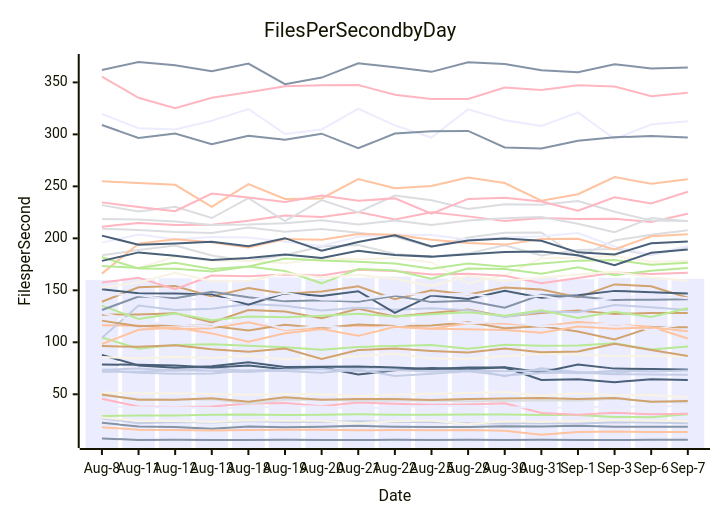
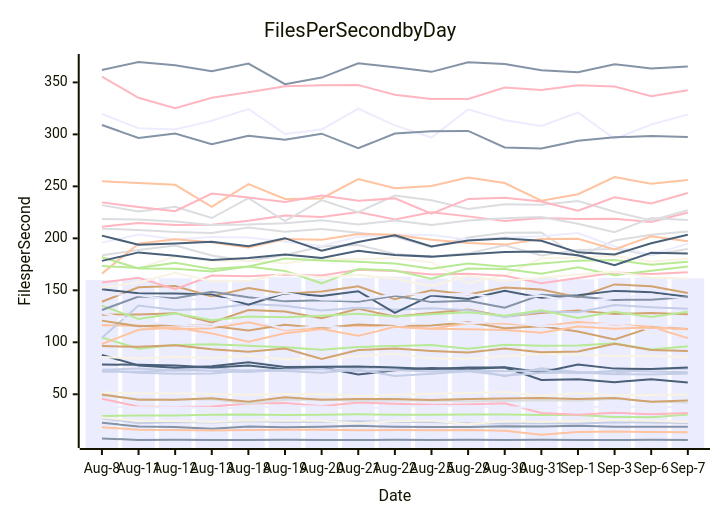
One commit to streetsidesoftware/cspell changed the diagram in perf-report.md. Above: the diagram before and after it, drawn with Mermaid. The commit also changed other lines of this file and 1 other file, not shown here.

````diff
--- a/perf-report.md
+++ b/perf-report.md
@@ -10,57 +10,57 @@
 ```mermaid
 xychart-beta
     title Files Per Second by Day
     y-axis Files per Second
     x-axis Date [Aug-8, Aug-11, Aug-12, Aug-13, Aug-18, Aug-19, Aug-20, Aug-21, Aug-22, Aug-25, Aug-29, Aug-30, Aug-31, Sep-1, Sep-3, Sep-6, Sep-7]
-    bar [159.78, 161.87, 161.59, 160.12, 160.00, 162.54, 160.82, 162.11, 163.20, 161.31, 162.91, 160.67, 162.16, 160.72, 161.93, 162.34, 161.14]
-    line [22.54, 19.07, 18.54, 16.95, 19.10, 18.27, 18.74, 19.65, 18.80, 18.62, 18.45, 19.29, 19.08, 19.71, 18.88, 18.65, 18.85]
-    line [116.33, 116.04, 112.64, 113.43, 119.19, 111.93, 114.00, 116.17, 114.97, 113.11, 118.41, 118.01, 115.40, 119.50, 117.17, 114.93, 103.68]
-    line [209.23, 208.13, 206.12, 205.21, 210.46, 206.31, 208.96, 205.28, 201.48, 191.68, 200.76, 205.32, 205.73, 181.85, 198.01, 203.39, 207.86]
-    line [29.03, 29.67, 29.60, 30.33, 30.62, 30.06, 30.32, 30.71, 30.33, 30.41, 30.59, 30.45, 30.07, 29.95, 28.16, 27.92, 30.74]
-    line [126.61, 126.72, 128.04, 119.05, 131.02, 129.61, 123.08, 132.18, 124.93, 128.24, 131.60, 124.76, 128.19, 130.51, 127.29, 128.13, 128.19]
-    line [73.53, 74.78, 72.96, 75.57, 72.13, 74.31, 76.20, 74.98, 75.32, 73.98, 74.92, 67.44, 74.93, 71.42, 69.97, 74.43, 74.08]
-    line [211.22, 214.76, 212.79, 213.14, 217.00, 221.94, 220.45, 225.30, 218.11, 225.16, 221.13, 216.69, 219.64, 218.57, 218.78, 215.63, 223.64]
-    line [87.82, 77.70, 75.58, 76.94, 80.70, 76.26, 76.41, 76.73, 75.85, 74.38, 75.85, 75.82, 63.83, 64.49, 61.65, 64.50, 63.69]
-    line [85.77, 84.48, 86.21, 84.78, 87.25, 83.34, 85.16, 86.61, 89.19, 84.30, 84.25, 86.47, 88.91, 88.27, 86.74, 86.90, 86.82]
-    line [319.60, 305.87, 304.71, 313.08, 324.40, 300.37, 304.78, 324.68, 308.60, 296.98, 324.16, 313.60, 308.04, 321.08, 295.70, 309.43, 312.63]
-    line [308.97, 296.59, 300.81, 290.46, 298.69, 294.82, 300.68, 286.71, 300.74, 302.95, 303.29, 287.37, 286.48, 293.90, 297.13, 298.52, 297.06]
-    line [254.83, 253.26, 251.44, 230.32, 252.21, 237.84, 238.36, 257.03, 248.15, 250.39, 258.39, 253.25, 236.21, 242.44, 258.87, 252.44, 256.89]
-    line [183.70, 188.70, 193.07, 183.50, 178.10, 183.95, 192.12, 193.67, 185.05, 182.38, 185.55, 193.26, 183.54, 188.75, 189.86, 184.03, 191.71]
-    line [104.69, 93.74, 97.45, 98.22, 96.65, 95.35, 92.84, 95.49, 96.50, 97.40, 93.72, 97.65, 96.80, 96.99, 99.11, 93.19, 95.99]
-    line [139.04, 152.86, 154.13, 144.07, 152.10, 146.68, 148.87, 153.90, 141.45, 150.06, 146.03, 152.71, 150.80, 143.28, 155.69, 153.87, 142.87]
-    line [104.34, 135.34, 130.97, 132.26, 136.82, 135.16, 130.52, 133.31, 131.34, 132.85, 130.95, 124.42, 129.63, 128.97, 135.94, 133.80, 131.04]
-    line [45.66, 38.22, 37.79, 38.23, 41.09, 41.54, 38.59, 41.99, 40.85, 39.81, 40.28, 41.27, 31.95, 30.26, 32.20, 30.88, 31.35]
-    line [78.66, 78.35, 77.65, 75.86, 77.65, 74.07, 76.09, 68.93, 73.13, 75.35, 74.03, 75.97, 71.20, 78.69, 74.68, 74.33, 73.48]
-    line [182.66, 171.17, 182.41, 178.32, 178.57, 176.08, 180.57, 179.89, 180.99, 176.89, 156.76, 164.43, 180.88, 181.23, 183.21, 177.43, 178.26]
-    line [195.89, 203.57, 199.20, 201.23, 200.81, 196.78, 192.62, 201.64, 203.42, 203.18, 198.91, 200.77, 202.09, 205.14, 192.22, 184.22, 192.84]
-    line [7.47, 6.09, 6.22, 6.12, 6.05, 6.23, 6.09, 6.02, 6.19, 6.02, 6.20, 6.04, 6.23, 6.06, 6.09, 6.20, 6.19]
-    line [18.37, 15.99, 15.64, 15.11, 15.67, 15.78, 15.86, 15.35, 15.70, 15.41, 15.75, 15.00, 11.10, 13.64, 14.09, 13.63, 13.65]
-    line [231.94, 225.75, 230.29, 219.53, 238.65, 216.52, 236.75, 225.24, 241.21, 236.60, 228.23, 232.86, 232.26, 235.92, 225.53, 217.15, 216.75]
-    line [135.23, 122.44, 127.81, 121.17, 124.81, 124.18, 125.47, 127.40, 124.91, 126.98, 128.83, 125.51, 130.73, 123.39, 129.29, 124.27, 132.66]
-    line [120.85, 115.35, 116.69, 115.74, 111.39, 116.78, 113.71, 117.01, 115.75, 116.08, 119.18, 113.59, 115.52, 110.36, 102.65, 114.46, 114.57]
-    line [27.00, 22.24, 23.36, 22.81, 24.23, 23.27, 23.59, 24.08, 23.43, 23.40, 22.23, 21.90, 22.46, 21.60, 23.03, 22.85, 22.06]
-    line [355.56, 335.17, 325.27, 335.20, 340.52, 346.23, 347.14, 347.41, 338.20, 333.97, 334.12, 345.07, 342.66, 347.17, 346.14, 336.60, 340.07]
-    line [151.10, 147.11, 146.86, 146.10, 136.12, 147.29, 144.63, 149.12, 128.33, 145.05, 141.62, 149.48, 142.85, 145.28, 149.46, 148.18, 146.91]
-    line [27.59, 24.33, 24.19, 23.40, 25.07, 24.48, 24.64, 22.11, 24.14, 24.67, 21.16, 23.95, 23.30, 24.27, 25.24, 24.42, 23.99]
-    line [128.17, 119.97, 117.10, 115.21, 121.90, 112.74, 115.76, 112.80, 115.24, 121.46, 118.37, 119.80, 115.33, 116.38, 118.04, 111.85, 118.28]
-    line [362.02, 369.62, 366.45, 360.63, 368.14, 348.34, 354.65, 368.47, 364.63, 360.14, 369.32, 367.60, 361.65, 359.68, 367.46, 363.32, 364.25]
-    line [166.07, 194.86, 199.17, 196.17, 191.14, 199.41, 198.71, 204.15, 203.44, 198.55, 195.50, 193.96, 199.31, 199.53, 189.39, 201.97, 203.96]
-    line [48.90, 45.53, 44.69, 45.18, 40.85, 44.70, 45.09, 43.47, 44.07, 43.94, 43.35, 43.55, 44.33, 43.81, 45.60, 43.01, 42.09]
-    line [173.47, 171.46, 176.49, 170.50, 172.92, 180.52, 178.78, 177.41, 175.76, 170.70, 175.74, 172.74, 175.87, 178.56, 179.08, 174.59, 176.60]
-    line [96.32, 95.66, 97.25, 93.41, 90.83, 93.92, 83.91, 92.53, 93.93, 91.70, 90.17, 94.03, 90.40, 91.22, 98.55, 92.55, 86.92]
-    line [73.32, 70.77, 69.86, 70.01, 73.04, 72.36, 70.62, 73.83, 67.67, 69.68, 72.12, 68.00, 70.47, 70.89, 69.29, 68.94, 68.89]
-    line [157.48, 162.05, 151.08, 164.19, 163.52, 165.17, 164.35, 169.78, 168.65, 165.26, 166.00, 163.99, 156.90, 161.76, 167.23, 165.73, 166.84]
-    line [202.61, 193.89, 195.05, 196.60, 192.32, 200.16, 188.13, 196.57, 202.87, 192.16, 197.82, 199.85, 197.57, 186.50, 184.53, 195.23, 196.97]
-    line [51.68, 50.89, 50.88, 50.22, 49.59, 50.25, 50.03, 48.40, 49.47, 50.47, 51.15, 52.21, 48.60, 50.89, 48.97, 49.35, 46.95]
-    line [38.18, 37.54, 37.60, 36.71, 36.51, 39.25, 38.04, 36.06, 37.72, 38.63, 38.79, 37.24, 37.32, 37.33, 38.42, 37.82, 39.24]
-    line [131.06, 143.98, 142.41, 148.62, 143.28, 139.37, 140.53, 139.04, 144.69, 138.65, 139.89, 133.31, 145.80, 144.08, 140.79, 141.02, 141.47]
-    line [98.38, 112.00, 114.17, 108.57, 100.66, 108.77, 112.72, 106.20, 114.85, 112.98, 112.47, 111.83, 109.19, 115.12, 112.97, 114.35, 110.59]
-    line [218.55, 218.05, 216.13, 212.80, 213.27, 214.61, 217.28, 213.25, 217.17, 212.77, 217.16, 219.42, 220.41, 214.04, 205.97, 219.44, 216.38]
-    line [181.75, 171.06, 170.80, 168.18, 172.80, 168.69, 156.73, 170.52, 169.10, 161.12, 170.94, 170.42, 165.85, 172.14, 164.57, 168.71, 171.44]
-    line [49.80, 44.85, 44.73, 46.28, 42.85, 47.12, 44.69, 45.57, 45.49, 44.61, 45.50, 46.05, 46.44, 45.45, 46.41, 42.91, 43.55]
-    line [71.64, 71.63, 73.23, 72.55, 71.44, 73.71, 74.27, 72.25, 73.30, 71.82, 72.99, 72.24, 73.05, 70.19, 72.55, 71.94, 72.97]
-    line [234.59, 230.11, 226.13, 243.15, 239.31, 234.89, 241.23, 236.06, 238.56, 223.75, 237.91, 239.06, 235.45, 226.56, 239.54, 233.61, 244.81]
-    line [178.30, 186.48, 183.29, 179.27, 181.07, 184.49, 180.99, 187.99, 183.89, 182.41, 184.77, 186.94, 187.25, 183.77, 174.20, 186.05, 189.36]
-    line [152.64, 157.58, 166.90, 158.63, 158.95, 166.31, 162.23, 164.91, 160.87, 154.07, 164.02, 158.84, 162.35, 165.15, 167.75, 162.42, 159.15]
-    line [146.35, 145.37, 140.27, 142.62, 139.83, 147.55, 141.21, 140.96, 145.89, 146.30, 146.55, 142.25, 144.70, 138.76, 142.53, 146.03, 142.36]
+    bar [159.78, 161.87, 161.59, 160.12, 160.00, 162.54, 160.82, 162.11, 163.20, 161.31, 162.91, 160.67, 162.16, 160.72, 161.93, 162.34, 161.56]
+    line [22.54, 19.07, 18.54, 16.95, 19.10, 18.27, 18.74, 19.65, 18.80, 18.62, 18.45, 19.29, 19.08, 19.71, 18.88, 18.65, 18.65]
+    line [116.33, 116.04, 112.64, 113.43, 119.19, 111.93, 114.00, 116.17, 114.97, 113.11, 118.41, 118.01, 115.40, 119.50, 117.17, 114.93, 104.04]
+    line [209.23, 208.13, 206.12, 205.21, 210.46, 206.31, 208.96, 205.28, 201.48, 191.68, 200.76, 205.32, 205.73, 181.85, 198.01, 203.39, 206.55]
+    line [29.03, 29.67, 29.60, 30.33, 30.62, 30.06, 30.32, 30.71, 30.33, 30.41, 30.59, 30.45, 30.07, 29.95, 28.16, 27.92, 30.43]
+    line [126.61, 126.72, 128.04, 119.05, 131.02, 129.61, 123.08, 132.18, 124.93, 128.24, 131.60, 124.76, 128.19, 130.51, 127.29, 128.13, 127.03]
+    line [73.53, 74.78, 72.96, 75.57, 72.13, 74.31, 76.20, 74.98, 75.32, 73.98, 74.92, 67.44, 74.93, 71.42, 69.97, 74.43, 74.58]
+    line [211.22, 214.76, 212.79, 213.14, 217.00, 221.94, 220.45, 225.30, 218.11, 225.16, 221.13, 216.69, 219.64, 218.57, 218.78, 215.63, 224.82]
+    line [87.82, 77.70, 75.58, 76.94, 80.70, 76.26, 76.41, 76.73, 75.85, 74.38, 75.85, 75.82, 63.83, 64.49, 61.65, 64.50, 61.26]
+    line [85.77, 84.48, 86.21, 84.78, 87.25, 83.34, 85.16, 86.61, 89.19, 84.30, 84.25, 86.47, 88.91, 88.27, 86.74, 86.90, 85.78]
+    line [319.60, 305.87, 304.71, 313.08, 324.40, 300.37, 304.78, 324.68, 308.60, 296.98, 324.16, 313.60, 308.04, 321.08, 295.70, 309.43, 319.09]
+    line [308.97, 296.59, 300.81, 290.46, 298.69, 294.82, 300.68, 286.71, 300.74, 302.95, 303.29, 287.37, 286.48, 293.90, 297.13, 298.52, 297.48]
+    line [254.83, 253.26, 251.44, 230.32, 252.21, 237.84, 238.36, 257.03, 248.15, 250.39, 258.39, 253.25, 236.21, 242.44, 258.87, 252.44, 256.07]
+    line [183.70, 188.70, 193.07, 183.50, 178.10, 183.95, 192.12, 193.67, 185.05, 182.38, 185.55, 193.26, 183.54, 188.75, 189.86, 184.03, 189.81]
+    line [104.69, 93.74, 97.45, 98.22, 96.65, 95.35, 92.84, 95.49, 96.50, 97.40, 93.72, 97.65, 96.80, 96.99, 99.11, 93.19, 96.28]
+    line [139.04, 152.86, 154.13, 144.07, 152.10, 146.68, 148.87, 153.90, 141.45, 150.06, 146.03, 152.71, 150.80, 143.28, 155.69, 153.87, 147.46]
+    line [104.34, 135.34, 130.97, 132.26, 136.82, 135.16, 130.52, 133.31, 131.34, 132.85, 130.95, 124.42, 129.63, 128.97, 135.94, 133.80, 132.37]
+    line [45.66, 38.22, 37.79, 38.23, 41.09, 41.54, 38.59, 41.99, 40.85, 39.81, 40.28, 41.27, 31.95, 30.26, 32.20, 30.88, 32.09]
+    line [78.66, 78.35, 77.65, 75.86, 77.65, 74.07, 76.09, 68.93, 73.13, 75.35, 74.03, 75.97, 71.20, 78.69, 74.68, 74.33, 75.84]
+    line [182.66, 171.17, 182.41, 178.32, 178.57, 176.08, 180.57, 179.89, 180.99, 176.89, 156.76, 164.43, 180.88, 181.23, 183.21, 177.43, 180.28]
+    line [195.89, 203.57, 199.20, 201.23, 200.81, 196.78, 192.62, 201.64, 203.42, 203.18, 198.91, 200.77, 202.09, 205.14, 192.22, 184.22, 194.88]
+    line [7.47, 6.09, 6.22, 6.12, 6.05, 6.23, 6.09, 6.02, 6.19, 6.02, 6.20, 6.04, 6.23, 6.06, 6.09, 6.20, 6.14]
+    line [18.37, 15.99, 15.64, 15.11, 15.67, 15.78, 15.86, 15.35, 15.70, 15.41, 15.75, 15.00, 11.10, 13.64, 14.09, 13.63, 13.57]
+    line [231.94, 225.75, 230.29, 219.53, 238.65, 216.52, 236.75, 225.24, 241.21, 236.60, 228.23, 232.86, 232.26, 235.92, 225.53, 217.15, 227.16]
+    line [135.23, 122.44, 127.81, 121.17, 124.81, 124.18, 125.47, 127.40, 124.91, 126.98, 128.83, 125.51, 130.73, 123.39, 129.29, 124.27, 129.39]
+    line [120.85, 115.35, 116.69, 115.74, 111.39, 116.78, 113.71, 117.01, 115.75, 116.08, 119.18, 113.59, 115.52, 110.36, 102.65, 114.46, 112.83]
+    line [27.00, 22.24, 23.36, 22.81, 24.23, 23.27, 23.59, 24.08, 23.43, 23.40, 22.23, 21.90, 22.46, 21.60, 23.03, 22.85, 22.27]
+    line [355.56, 335.17, 325.27, 335.20, 340.52, 346.23, 347.14, 347.41, 338.20, 333.97, 334.12, 345.07, 342.66, 347.17, 346.14, 336.60, 342.41]
+    line [151.10, 147.11, 146.86, 146.10, 136.12, 147.29, 144.63, 149.12, 128.33, 145.05, 141.62, 149.48, 142.85, 145.28, 149.46, 148.18, 143.83]
+    line [27.59, 24.33, 24.19, 23.40, 25.07, 24.48, 24.64, 22.11, 24.14, 24.67, 21.16, 23.95, 23.30, 24.27, 25.24, 24.42, 23.30]
+    line [128.17, 119.97, 117.10, 115.21, 121.90, 112.74, 115.76, 112.80, 115.24, 121.46, 118.37, 119.80, 115.33, 116.38, 118.04, 111.85, 119.40]
+    line [362.02, 369.62, 366.45, 360.63, 368.14, 348.34, 354.65, 368.47, 364.63, 360.14, 369.32, 367.60, 361.65, 359.68, 367.46, 363.32, 365.30]
+    line [166.07, 194.86, 199.17, 196.17, 191.14, 199.41, 198.71, 204.15, 203.44, 198.55, 195.50, 193.96, 199.31, 199.53, 189.39, 201.97, 197.12]
+    line [48.90, 45.53, 44.69, 45.18, 40.85, 44.70, 45.09, 43.47, 44.07, 43.94, 43.35, 43.55, 44.33, 43.81, 45.60, 43.01, 41.97]
+    line [173.47, 171.46, 176.49, 170.50, 172.92, 180.52, 178.78, 177.41, 175.76, 170.70, 175.74, 172.74, 175.87, 178.56, 179.08, 174.59, 177.44]
+    line [96.32, 95.66, 97.25, 93.41, 90.83, 93.92, 83.91, 92.53, 93.93, 91.70, 90.17, 94.03, 90.40, 91.22, 98.55, 92.55, 91.52]
+    line [73.32, 70.77, 69.86, 70.01, 73.04, 72.36, 70.62, 73.83, 67.67, 69.68, 72.12, 68.00, 70.47, 70.89, 69.29, 68.94, 69.89]
+    line [157.48, 162.05, 151.08, 164.19, 163.52, 165.17, 164.35, 169.78, 168.65, 165.26, 166.00, 163.99, 156.90, 161.76, 167.23, 165.73, 167.27]
+    line [202.61, 193.89, 195.05, 196.60, 192.32, 200.16, 188.13, 196.57, 202.87, 192.16, 197.82, 199.85, 197.57, 186.50, 184.53, 195.23, 203.47]
+    line [51.68, 50.89, 50.88, 50.22, 49.59, 50.25, 50.03, 48.40, 49.47, 50.47, 51.15, 52.21, 48.60, 50.89, 48.97, 49.35, 49.58]
+    line [38.18, 37.54, 37.60, 36.71, 36.51, 39.25, 38.04, 36.06, 37.72, 38.63, 38.79, 37.24, 37.32, 37.33, 38.42, 37.82, 37.98]
+    line [131.06, 143.98, 142.41, 148.62, 143.28, 139.37, 140.53, 139.04, 144.69, 138.65, 139.89, 133.31, 145.80, 144.08, 140.79, 141.02, 143.66]
+    line [98.38, 112.00, 114.17, 108.57, 100.66, 108.77, 112.72, 106.20, 114.85, 112.98, 112.47, 111.83, 109.19, 115.12, 112.97, 114.35, 112.51]
+    line [218.55, 218.05, 216.13, 212.80, 213.27, 214.61, 217.28, 213.25, 217.17, 212.77, 217.16, 219.42, 220.41, 214.04, 205.97, 219.44, 217.73]
+    line [181.75, 171.06, 170.80, 168.18, 172.80, 168.69, 156.73, 170.52, 169.10, 161.12, 170.94, 170.42, 165.85, 172.14, 164.57, 168.71, 172.84]
+    line [49.80, 44.85, 44.73, 46.28, 42.85, 47.12, 44.69, 45.57, 45.49, 44.61, 45.50, 46.05, 46.44, 45.45, 46.41, 42.91, 44.10]
+    line [71.64, 71.63, 73.23, 72.55, 71.44, 73.71, 74.27, 72.25, 73.30, 71.82, 72.99, 72.24, 73.05, 70.19, 72.55, 71.94, 71.15]
+    line [234.59, 230.11, 226.13, 243.15, 239.31, 234.89, 241.23, 236.06, 238.56, 223.75, 237.91, 239.06, 235.45, 226.56, 239.54, 233.61, 243.66]
+    line [178.30, 186.48, 183.29, 179.27, 181.07, 184.49, 180.99, 187.99, 183.89, 182.41, 184.77, 186.94, 187.25, 183.77, 174.20, 186.05, 185.31]
+    line [152.64, 157.58, 166.90, 158.63, 158.95, 166.31, 162.23, 164.91, 160.87, 154.07, 164.02, 158.84, 162.35, 165.15, 167.75, 162.42, 161.26]
+    line [146.35, 145.37, 140.27, 142.62, 139.83, 147.55, 141.21, 140.96, 145.89, 146.30, 146.55, 142.25, 144.70, 138.76, 142.53, 146.03, 141.67]
 ```
````
